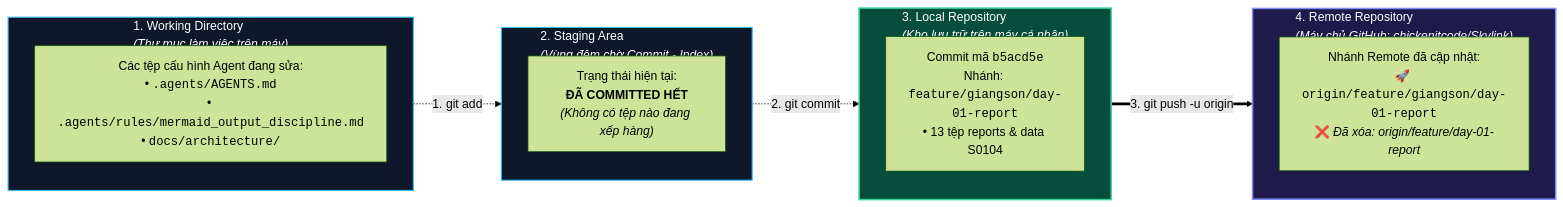
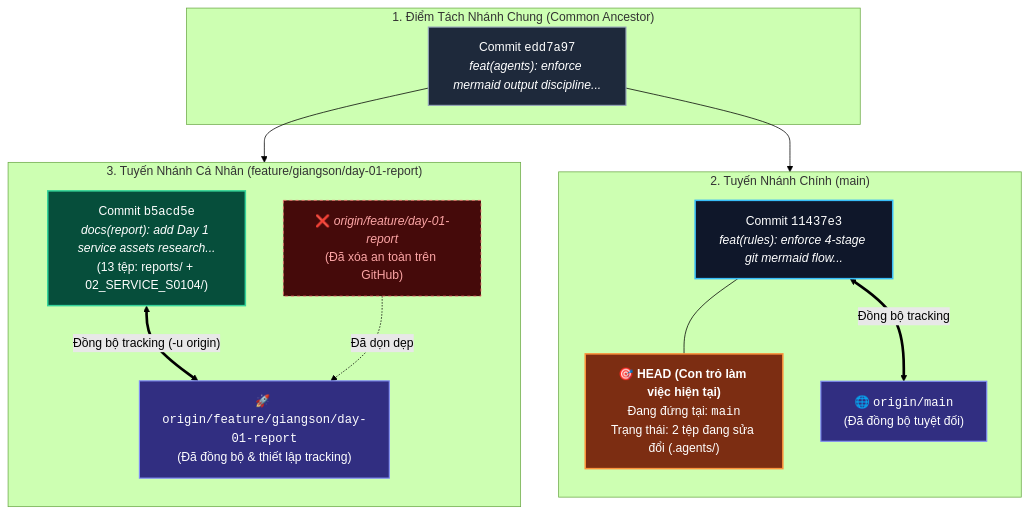
One commit to chickenitcode/Skylink changed the diagram in scratch/agent_observations.md. Above: the diagram before and after it, drawn with Mermaid (forest theme). The commit also changed other lines of this file and 3 other files, not shown here.

Commit message:
feat(rules): enforce diverse and context-aware git mermaid diagrams in observations

````diff
--- a/scratch/agent_observations.md
+++ b/scratch/agent_observations.md
@@ -21,39 +25,48 @@
 ```mermaid
-flowchart LR
+flowchart TD
     %% =========================================================================
-    %% SƠ ĐỒ BẢN ĐỒ DỮ LIỆU GIT 4 TRẠM: TỪ MÁY CÁ NHÂN LÊN GITHUB
+    %% SƠ ĐỒ TOPOLOGY PHÂN NHÁNH & TRẠNG THÁI THEO DÕI (REMOTE TRACKING)
     %% =========================================================================
 
-    subgraph WD ["1. Working Directory<br/><i>(Thư mục làm việc trên máy)</i>"]
-        direction TB
-        WD_Files["Các tệp cấu hình Agent đang sửa:<br/>• <code>.agents/AGENTS.md</code><br/>• <code>.agents/rules/mermaid_output_discipline.md</code><br/>• <code>docs/architecture/</code>"]
+    subgraph ANCESTOR ["1. Điểm Tách Nhánh Chung (Common Ancestor)"]
+        C_BASE["Commit <code>edd7a97</code><br/><i>feat(agents): enforce mermaid output discipline...</i>"]
     end
 
-    subgraph SA ["2. Staging Area<br/><i>(Vùng đệm chờ Commit - Index)</i>"]
+    subgraph MAIN_BRANCH ["2. Tuyến Nhánh Chính (main)"]
         direction TB
-        SA_State["Trạng thái hiện tại:<br/><b>ĐÃ COMMITTED HẾT</b><br/><i>(Không có tệp nào đang xếp hàng)</i>"]
+        C_MAIN["Commit <code>11437e3</code><br/><i>feat(rules): enforce 4-stage git mermaid flow...</i>"]
+        HEAD_POINTER["🎯 <b>HEAD (Con trỏ làm việc hiện tại)</b><br/>Đang đứng tại: <code>main</code><br/>Trạng thái: 2 tệp đang sửa đổi (.agents/)"]
+        REMOTE_MAIN["🌐 <code>origin/main</code><br/>(Đã đồng bộ tuyệt đối)"]
     end
 
-    subgraph LR ["3. Local Repository<br/><i>(Kho lưu trữ trên máy cá nhân)</i>"]
+    subgraph FEATURE_BRANCH ["3. Tuyến Nhánh Cá Nhân (feature/giangson/day-01-report)"]
         direction TB
-        LR_Commit["Commit mã <code>b5acd5e</code><br/>Nhánh: <code>feature/giangson/day-01-report</code><br/>• 13 tệp reports & data S0104"]
+        C_FEAT["Commit <code>b5acd5e</code><br/><i>docs(report): add Day 1 service assets research...</i><br/>(13 tệp: reports/ + 02_SERVICE_S0104/)"]
+        REMOTE_FEAT["🚀 <code>origin/feature/giangson/day-01-report</code><br/>(Đã đồng bộ & thiết lập tracking)"]
+        DELETED_FEAT["❌ <i>origin/feature/day-01-report</i><br/>(Đã xóa an toàn trên GitHub)"]
     end
 
-    subgraph RR ["4. Remote Repository<br/><i>(Máy chủ GitHub: chickenitcode/Skylink)</i>"]
-        direction TB
-        RR_Branch["Nhánh Remote đã cập nhật:<br/>🚀 <code>origin/feature/giangson/day-01-report</code><br/>❌ <i>Đã xóa: origin/feature/day-01-report</i>"]
-    end
+    %% Mối liên kết giữa các commit và nhánh
+    C_BASE --> C_MAIN
+    C_BASE --> C_FEAT
 
-    %% Các mũi tên biểu thị thao tác vừa diễn ra
-    WD -. "1. git add" .-> SA
-    SA -. "2. git commit" .-> LR
-    LR == "3. git push -u origin" ==> RR
+    C_MAIN --- HEAD_POINTER
+    C_MAIN <== "Đồng bộ tracking" ==> REMOTE_MAIN
 
-    classDef stageNode fill:#0f172a,stroke:#38bdf8,stroke-width:1.5px,color:#ffffff;
-    classDef activeNode fill:#064e3b,stroke:#34d399,stroke-width:2px,color:#ffffff;
-    classDef remoteNode fill:#1e1b4b,stroke:#818cf8,stroke-width:2px,color:#ffffff;
+    C_FEAT <== "Đồng bộ tracking (-u origin)" ==> REMOTE_FEAT
+    DELETED_FEAT -. "Đã dọn dẹp" .-> REMOTE_FEAT
 
-    class WD,SA stageNode;
-    class LR activeNode;
-    class RR remoteNode;
+    classDef baseNode fill:#1e293b,stroke:#94a3b8,stroke-width:1.5px,color:#ffffff;
+    classDef mainNode fill:#0f172a,stroke:#38bdf8,stroke-width:2px,color:#ffffff;
+    classDef featNode fill:#064e3b,stroke:#34d399,stroke-width:2px,color:#ffffff;
+    classDef headNode fill:#7c2d12,stroke:#fb923c,stroke-width:2px,color:#ffffff;
+    classDef remoteNode fill:#312e81,stroke:#818cf8,stroke-width:1.5px,color:#ffffff;
+    classDef delNode fill:#450a0a,stroke:#f87171,stroke-width:1px,stroke-dasharray: 4 4,color:#fca5a5;
+
+    class C_BASE baseNode;
+    class C_MAIN mainNode;
+    class HEAD_POINTER headNode;
+    class REMOTE_MAIN,REMOTE_FEAT remoteNode;
+    class C_FEAT featNode;
+    class DELETED_FEAT delNode;
 ```
````
